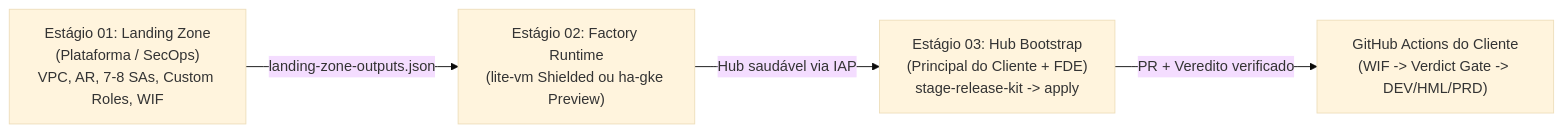
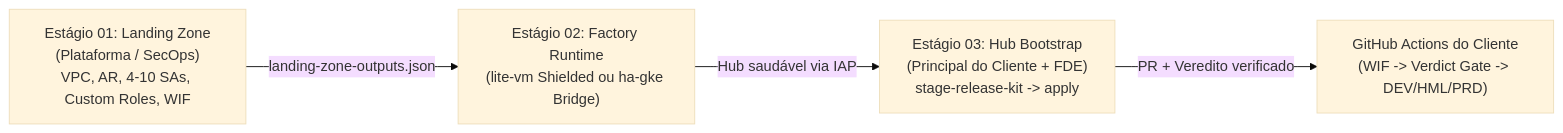
Before and after one commit to carlosmscabral/gcp-fde-factories: the first of 2 diagrams in docs/CUSTOMER_LANDING_ZONE_REQUIREMENTS.md, drawn with Mermaid (base theme). The commit also changed other lines of this file and 15 other files, not shown here.

Commit message:
docs: refresh visual architecture guides, diagrams, and multi-pack walkthrough

````diff
--- a/docs/CUSTOMER_LANDING_ZONE_REQUIREMENTS.md
+++ b/docs/CUSTOMER_LANDING_ZONE_REQUIREMENTS.md
@@ -13,6 +13,6 @@
 ```mermaid
 flowchart LR
-    P1["Estágio 01: Landing Zone<br/>(Plataforma / SecOps)<br/>VPC, AR, 7-8 SAs, Custom Roles, WIF"] -->|"landing-zone-outputs.json"| P2["Estágio 02: Factory Runtime<br/>(lite-vm Shielded ou ha-gke Preview)"]
+    P1["Estágio 01: Landing Zone<br/>(Plataforma / SecOps)<br/>VPC, AR, 4-10 SAs, Custom Roles, WIF"] -->|"landing-zone-outputs.json"| P2["Estágio 02: Factory Runtime<br/>(lite-vm Shielded ou ha-gke Bridge)"]
     P2 -->|"Hub saudável via IAP"| P3["Estágio 03: Hub Bootstrap<br/>(Principal do Cliente + FDE)<br/>stage-release-kit -> apply"]
     P3 -->|"PR + Veredito verificado"| CI["GitHub Actions do Cliente<br/>(WIF -> Verdict Gate -> DEV/HML/PRD)"]
 ```
````
